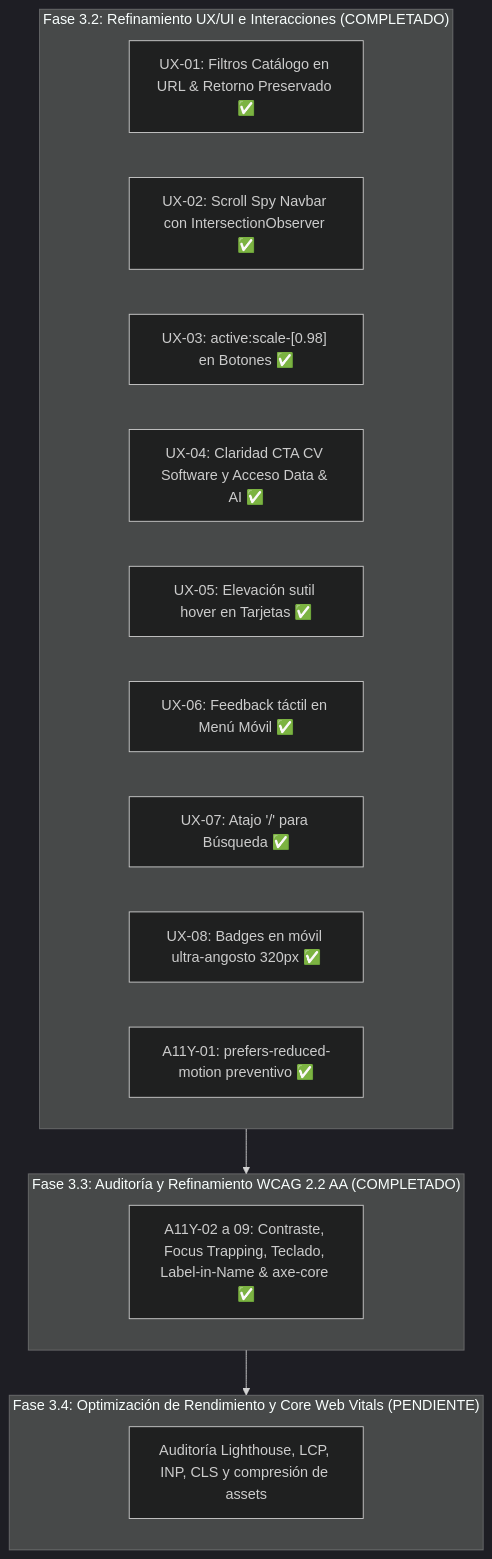
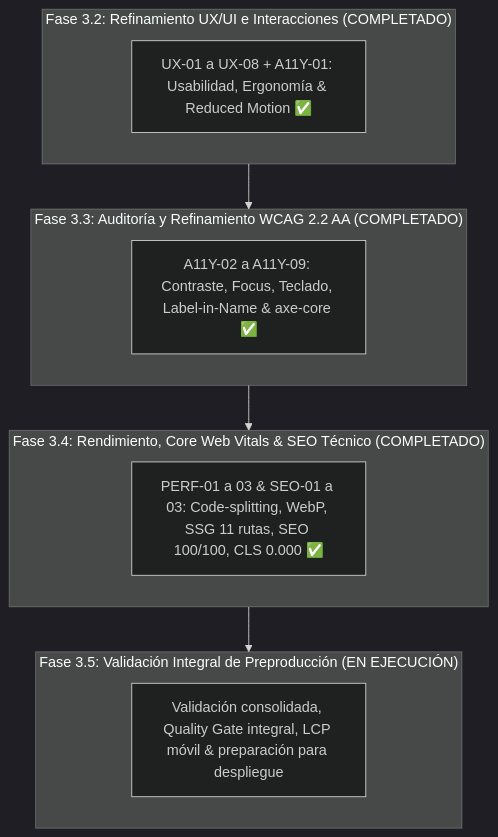
The diagram in docs/planning/phase-3-improvement-backlog.md (RicardoCardenas/ricardocardenas.github.io), drawn with Mermaid (dark theme) before and after one commit. The commit also changed other lines of this file and 68 other files, not shown here.

````diff
--- a/docs/planning/phase-3-improvement-backlog.md
+++ b/docs/planning/phase-3-improvement-backlog.md
@@ -176,25 +183,22 @@
 ```mermaid
 flowchart TD
     subgraph FASE_3_2["Fase 3.2: Refinamiento UX/UI e Interacciones (COMPLETADO)"]
-        UX01["UX-01: Filtros Catálogo en URL & Retorno Preservado ✅"]
-        UX02["UX-02: Scroll Spy Navbar con IntersectionObserver ✅"]
-        UX03["UX-03: active:scale-[0.98] en Botones ✅"]
-        UX04["UX-04: Claridad CTA CV Software y Acceso Data & AI ✅"]
-        UX05["UX-05: Elevación sutil hover en Tarjetas ✅"]
-        UX06["UX-06: Feedback táctil en Menú Móvil ✅"]
-        UX07["UX-07: Atajo '/' para Búsqueda ✅"]
-        UX08["UX-08: Badges en móvil ultra-angosto 320px ✅"]
-        A11Y01["A11Y-01: prefers-reduced-motion preventivo ✅"]
+        UX01["UX-01 a UX-08 + A11Y-01: Usabilidad, Ergonomía & Reduced Motion ✅"]
     end
 
     subgraph FASE_3_3["Fase 3.3: Auditoría y Refinamiento WCAG 2.2 AA (COMPLETADO)"]
-        A11Y_AUDIT["A11Y-02 a 09: Contraste, Focus Trapping, Teclado, Label-in-Name & axe-core ✅"]
+        A11Y_AUDIT["A11Y-02 a A11Y-09: Contraste, Focus, Teclado, Label-in-Name & axe-core ✅"]
     end
 
-    subgraph FASE_3_4["Fase 3.4: Optimización de Rendimiento y Core Web Vitals (PENDIENTE)"]
-        PERF_AUDIT["Auditoría Lighthouse, LCP, INP, CLS y compresión de assets"]
+    subgraph FASE_3_4["Fase 3.4: Rendimiento, Core Web Vitals & SEO Técnico (COMPLETADO)"]
+        PERF_AUDIT["PERF-01 a 03 & SEO-01 a 03: Code-splitting, WebP, SSG 11 rutas, SEO 100/100, CLS 0.000 ✅"]
+    end
+
+    subgraph FASE_3_5["Fase 3.5: Validación Integral de Preproducción (EN EJECUCIÓN)"]
+        PREPROD["Validación consolidada, Quality Gate integral, LCP móvil & preparación para despliegue"]
     end
 
     FASE_3_2 --> FASE_3_3
     FASE_3_3 --> FASE_3_4
+    FASE_3_4 --> FASE_3_5
 ```
````
